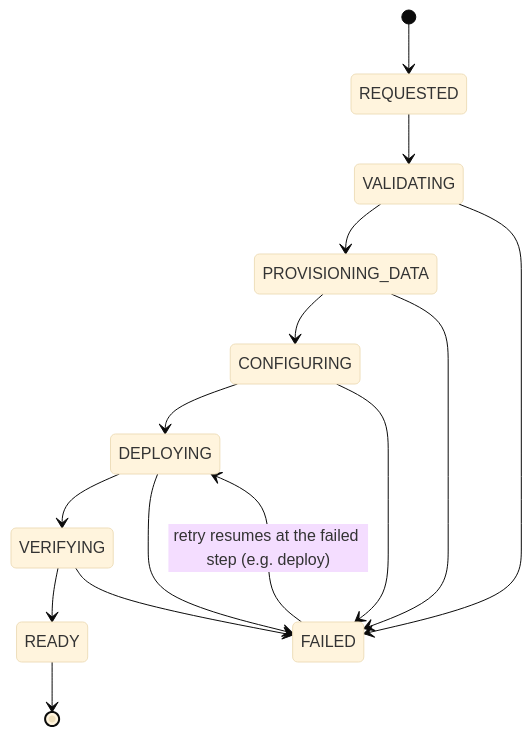
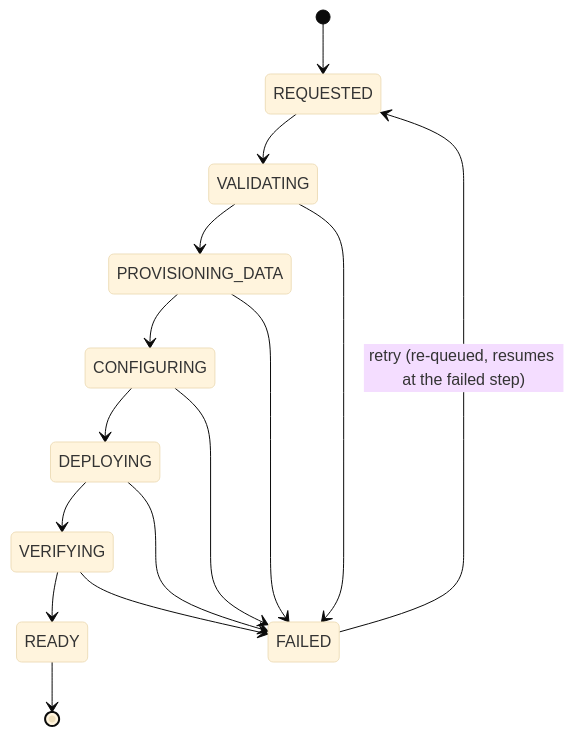
Before and after one commit to ashwin139/tenant-provisioning-platform: the second of 2 diagrams in docs/architecture.md, drawn with Mermaid (base theme). The commit also changed other lines of this file and 6 other files, not shown here.

````diff
--- a/docs/architecture.md
+++ b/docs/architecture.md
@@ -42,17 +42,17 @@
 ```mermaid
 stateDiagram-v2
   [*] --> REQUESTED
   REQUESTED --> VALIDATING
   VALIDATING --> PROVISIONING_DATA
   PROVISIONING_DATA --> CONFIGURING
   CONFIGURING --> DEPLOYING
   DEPLOYING --> VERIFYING
   VERIFYING --> READY
   VALIDATING --> FAILED
   PROVISIONING_DATA --> FAILED
   CONFIGURING --> FAILED
   DEPLOYING --> FAILED
   VERIFYING --> FAILED
-  FAILED --> DEPLOYING: retry resumes at the failed step (e.g. deploy)
+  FAILED --> REQUESTED: retry (re-queued, resumes at the failed step)
   READY --> [*]
 ```
````
